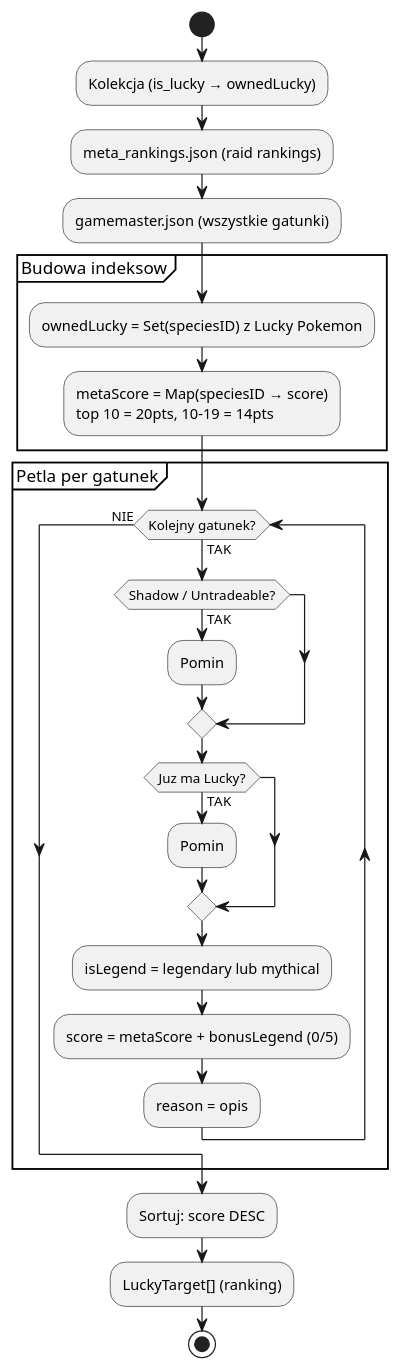
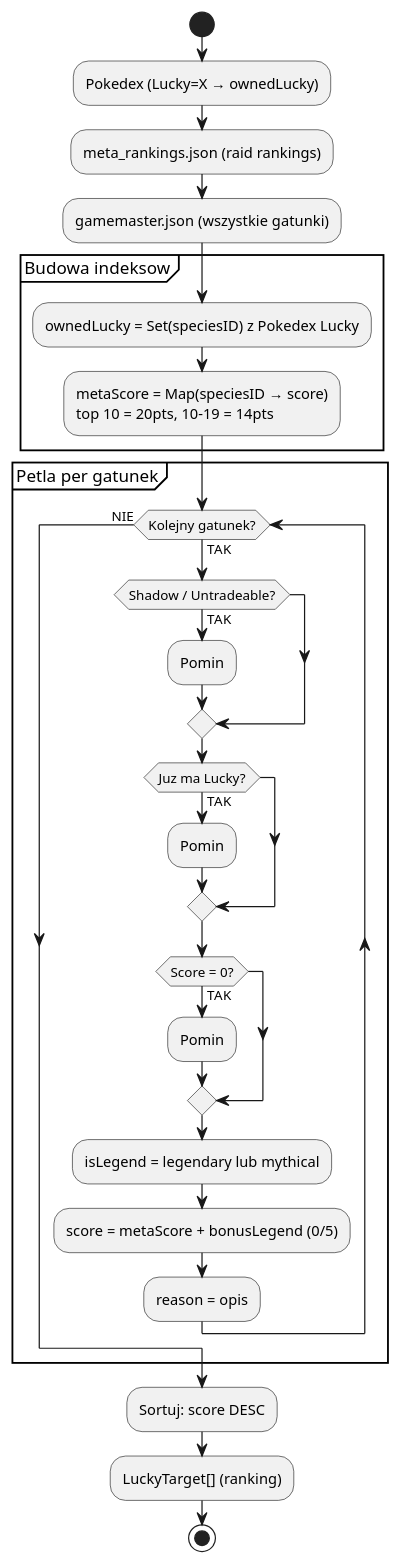
One commit to Adzikus/pokemon-go-analizer changed the eighth of 11 diagrams in docs/05-analiza.md. Above: the diagram before and after it, drawn with PlantUML. The commit also changed other lines of this file and 12 other files, not shown here.

Commit message:
feat(analysis): PvP team builder improvements + Lucky targets from Pokedex

````diff
--- a/docs/05-analiza.md
+++ b/docs/05-analiza.md
@@ -1501,37 +1502,40 @@
 ```plantuml
 @startuml
 
 start
 
-:Kolekcja (is_lucky → ownedLucky);
+:Pokedex (Lucky=X → ownedLucky);
 :meta_rankings.json (raid rankings);
 :gamemaster.json (wszystkie gatunki);
 
 partition "Budowa indeksow" {
-    :ownedLucky = Set(speciesID) z Lucky Pokemon;
+    :ownedLucky = Set(speciesID) z Pokedex Lucky;
     :metaScore = Map(speciesID → score)
     top 10 = 20pts, 10-19 = 14pts;
 }
 
 partition "Petla per gatunek" {
     while (Kolejny gatunek?) is (TAK)
         if (Shadow / Untradeable?) then (TAK)
             :Pomin;
         endif
         if (Juz ma Lucky?) then (TAK)
+            :Pomin;
+        endif
+        if (Score = 0?) then (TAK)
             :Pomin;
         endif
         :isLegend = legendary lub mythical;
         :score = metaScore + bonusLegend (0/5);
         :reason = opis;
     endwhile (NIE)
 }
 
 :Sortuj: score DESC;
 
 :LuckyTarget[] (ranking);
 
 stop
 
 @enduml
 ```
````
